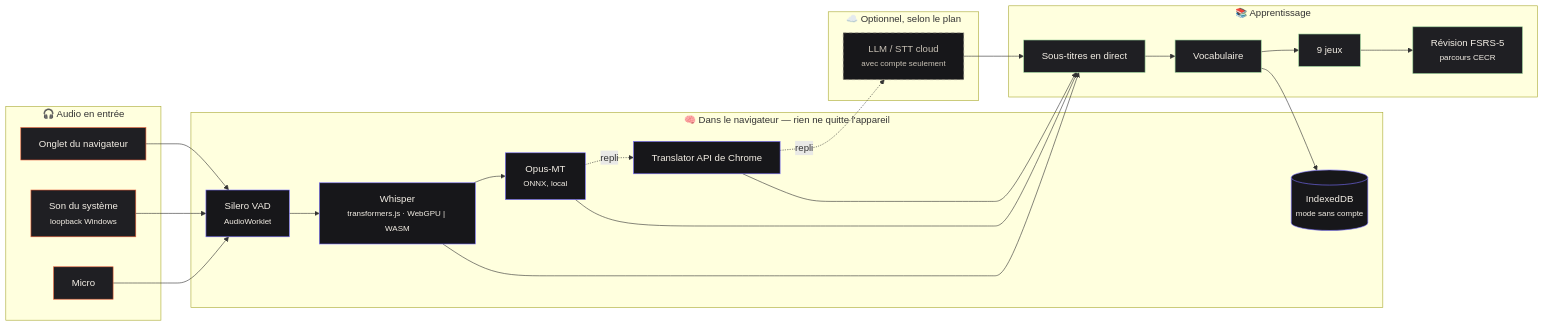
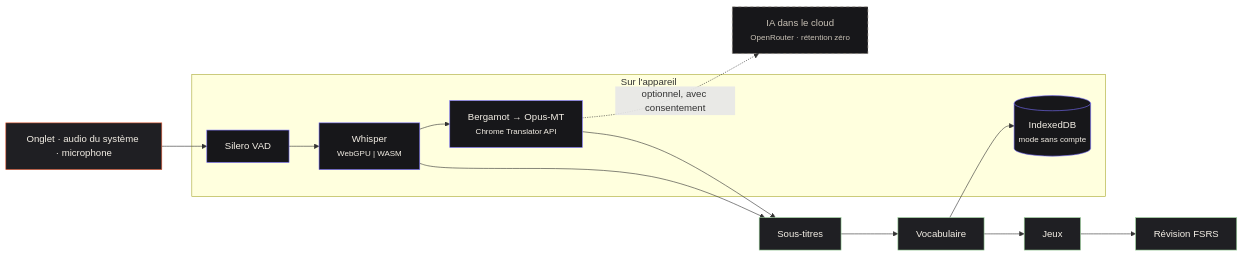
The diagram in README.fr.md (GuilhermeLVL/babel-play), drawn with Mermaid before and after one commit. The commit also changed other lines of this file and 9 other files, not shown here.

````diff
--- a/README.fr.md
+++ b/README.fr.md
@@ -43,39 +60,19 @@
 ```mermaid
 flowchart LR
     classDef src fill:#1f1f23,stroke:#e85d36,color:#f4efe6
     classDef local fill:#17171a,stroke:#7a70ff,color:#f4efe6
     classDef cloud fill:#17171a,stroke:#8f887c,color:#c9c2b6,stroke-dasharray:5
     classDef out fill:#1f1f23,stroke:#9ad29a,color:#f4efe6
 
-    subgraph IN["🎧 Audio en entrée"]
-        A1[Onglet du navigateur]:::src
-        A2[Son du système<br/><small>loopback Windows</small>]:::src
-        A3[Micro]:::src
+    A["Onglet · audio du système · microphone"]:::src --> VAD["Silero VAD"]:::local
+    subgraph DEVICE["Sur l'appareil"]
+        VAD --> STT["Whisper<br/><small>WebGPU | WASM</small>"]:::local
+        STT --> MT["Bergamot → Opus-MT<br/><small>Chrome Translator API</small>"]:::local
+        DB[("IndexedDB<br/><small>mode sans compte</small>")]:::local
     end
-
-    subgraph BROWSER["🧠 Dans le navigateur — rien ne quitte l'appareil"]
-        VAD["Silero VAD<br/><small>AudioWorklet</small>"]:::local
-        STT["Whisper<br/><small>transformers.js · WebGPU | WASM</small>"]:::local
-        MT1["Opus-MT<br/><small>ONNX, local</small>"]:::local
-        MT2["Translator API de Chrome"]:::local
-        STORE[("IndexedDB<br/><small>mode sans compte</small>")]:::local
-    end
-
-    subgraph CLOUD["☁️ Optionnel, selon le plan"]
-        MT3["LLM / STT cloud<br/><small>avec compte seulement</small>"]:::cloud
-    end
-
-    subgraph OUT["📚 Apprentissage"]
-        CAP[Sous-titres en direct]:::out
-        VOC[Vocabulaire]:::out
-        GAMES[9 jeux]:::out
-        SRS["Révision FSRS-5<br/><small>parcours CECR</small>"]:::out
-    end
-
-    A1 & A2 & A3 --> VAD --> STT
-    STT --> MT1 -. repli .-> MT2 -. repli .-> MT3
-    STT --> CAP
-    MT1 & MT2 & MT3 --> CAP
-    CAP --> VOC --> GAMES --> SRS
-    VOC --> STORE
+    MT -. "optionnel, avec consentement" .-> CLOUD["IA dans le cloud<br/><small>OpenRouter · rétention zéro</small>"]:::cloud
+    STT --> CAP["Sous-titres"]:::out
+    MT --> CAP
+    CAP --> VOC["Vocabulaire"]:::out --> GAMES["Jeux"]:::out --> SRS["Révision FSRS"]:::out
+    VOC --> DB
 ```
````
